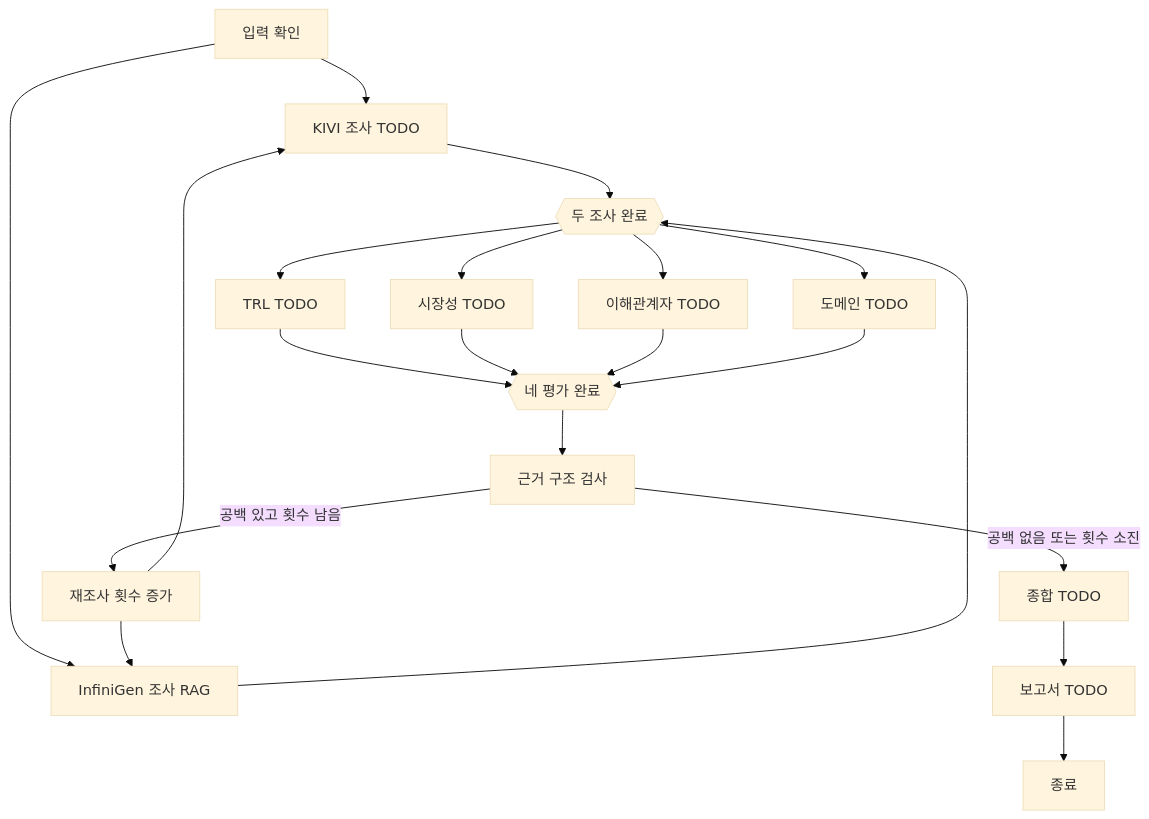
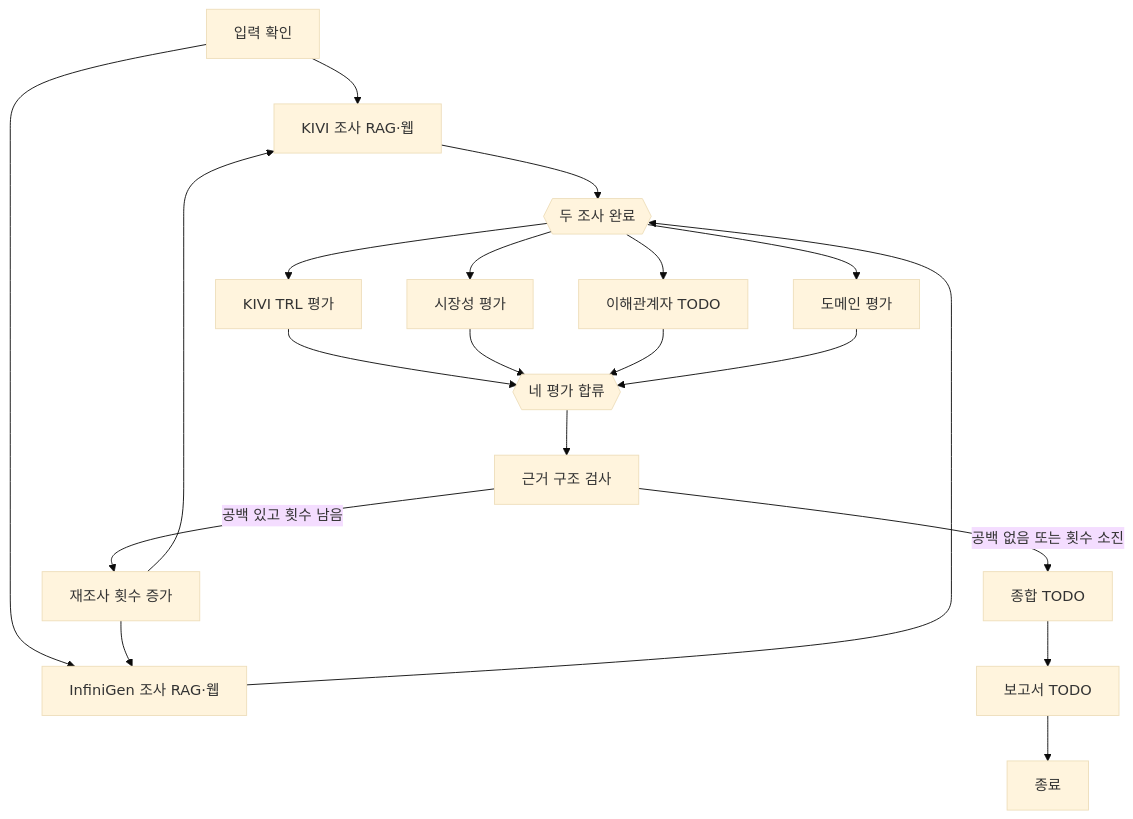
Before and after one commit to bmh7190/SKALA-RAG-KV-cache: the diagram in README.md, drawn with Mermaid (base theme). The commit also changed other lines of this file and 6 other files, not shown here.

````diff
--- a/README.md
+++ b/README.md
@@ -71,22 +76,22 @@
 ```mermaid
 flowchart TD
-    I[입력 확인] --> K[KIVI 조사 TODO]
-    I --> F[InfiniGen 조사 RAG]
+    I[입력 확인] --> K[KIVI 조사 RAG·웹]
+    I --> F[InfiniGen 조사 RAG·웹]
     K --> J{{두 조사 완료}}
     F --> J
-    J --> T[TRL TODO]
-    J --> M[시장성 TODO]
+    J --> T[KIVI TRL 평가]
+    J --> M[시장성 평가]
     J --> S[이해관계자 TODO]
-    J --> D[도메인 TODO]
-    T --> G{{네 평가 완료}}
+    J --> D[도메인 평가]
+    T --> G{{네 평가 합류}}
     M --> G
     S --> G
     D --> G
     G --> C[근거 구조 검사]
     C -->|공백 있고 횟수 남음| R[재조사 횟수 증가]
     R --> K
     R --> F
     C -->|공백 없음 또는 횟수 소진| Y[종합 TODO]
     Y --> P[보고서 TODO]
     P --> E[종료]
 ```
````
